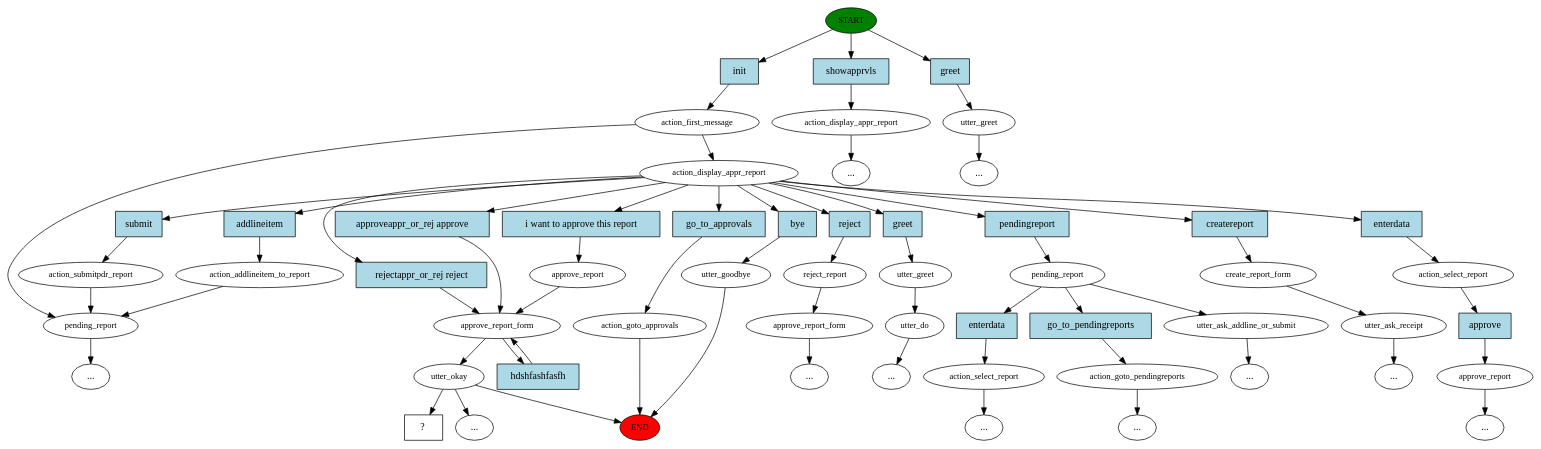
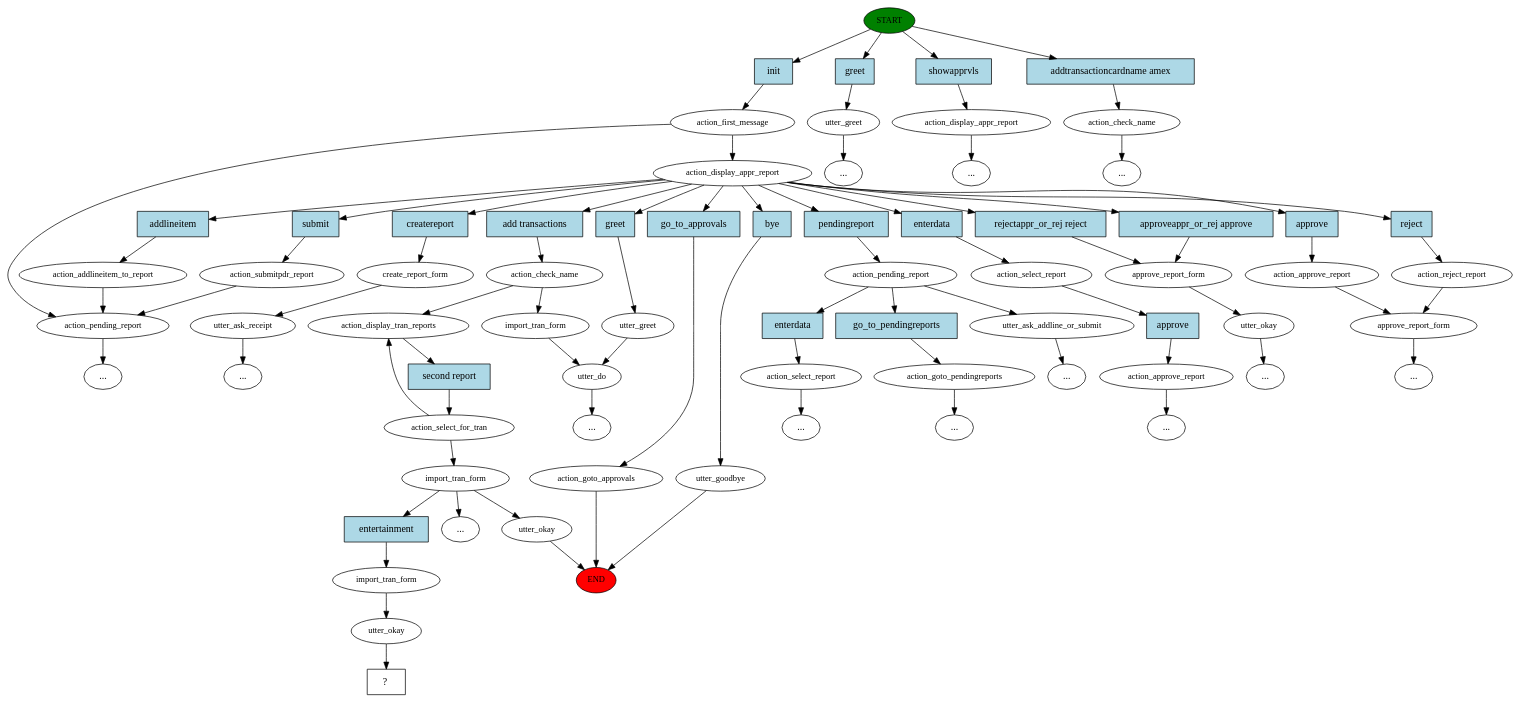
The diagram in story_graph.dot (suryavamsi1563/working_chat_bot), drawn with Graphviz before and after one commit. The commit also changed 21 other files, not shown here.

```diff
--- a/story_graph.dot
+++ b/story_graph.dot
@@ -1,122 +1,151 @@
 digraph  {
 0 [class="start active", fillcolor=green, fontsize=12, label=START, style=filled];
 "-1" [class=end, fillcolor=red, fontsize=12, label=END, style=filled];
 1 [class=active, fontsize=12, label=action_first_message];
-2 [class=active, fontsize=12, label=action_display_appr_report];
-3 [class="", fontsize=12, label=pending_report];
-4 [class="", fontsize=12, label=action_select_report];
-7 [class="", fontsize=12, label=create_report_form];
-8 [class="", fontsize=12, label=utter_ask_receipt];
-19 [class="", fontsize=12, label=action_select_report];
-20 [class="", fontsize=12, label=approve_report];
-21 [class="", fontsize=12, label=action_display_appr_report];
-"-8" [class=ellipsis, label="..."];
-"-11" [class=ellipsis, label="..."];
-36 [class="", fontsize=12, label=action_submitpdr_report];
-37 [class="", fontsize=12, label=pending_report];
-40 [class="", fontsize=12, label=action_addlineitem_to_report];
-53 [class="", fontsize=12, label=utter_ask_addline_or_submit];
-"-17" [class=ellipsis, label="..."];
-60 [class="", fontsize=12, label=action_goto_approvals];
-64 [class="", fontsize=12, label=action_goto_pendingreports];
+2 [class="", fontsize=12, label=action_pending_report];
+3 [class="", fontsize=12, label=utter_greet];
+"-4" [class=ellipsis, label="..."];
+7 [class=active, fontsize=12, label=action_display_appr_report];
+8 [class="", fontsize=12, label=create_report_form];
+9 [class="", fontsize=12, label=utter_ask_receipt];
+12 [class="", fontsize=12, label=utter_greet];
+13 [class="", fontsize=12, label=utter_do];
+16 [class="", fontsize=12, label=utter_goodbye];
+21 [class="", fontsize=12, label=action_pending_report];
+22 [class="", fontsize=12, label=action_select_report];
+25 [class="", fontsize=12, label=action_addlineitem_to_report];
+29 [class="", fontsize=12, label=action_submitpdr_report];
+53 [class="", fontsize=12, label=action_select_report];
+54 [class="", fontsize=12, label=action_approve_report];
+55 [class="", fontsize=12, label=action_display_appr_report];
 "-18" [class=ellipsis, label="..."];
-82 [class=active, fontsize=12, label=approve_report_form];
-83 [class=active, fontsize=12, label=utter_okay];
-86 [class="", fontsize=12, label=reject_report];
-87 [class="", fontsize=12, label=approve_report_form];
-"-26" [class=ellipsis, label="..."];
+"-19" [class=ellipsis, label="..."];
+"-21" [class=ellipsis, label="..."];
+"-25" [class=ellipsis, label="..."];
+87 [class="", fontsize=12, label=utter_ask_addline_or_submit];
 "-27" [class=ellipsis, label="..."];
-94 [class=active, fontsize=12, label=approve_report];
-99 [class="", fontsize=12, label=utter_greet];
-"-29" [class=ellipsis, label="..."];
-108 [class="", fontsize=12, label=utter_greet];
-109 [class="", fontsize=12, label=utter_do];
-"-32" [class=ellipsis, label="..."];
-112 [class="", fontsize=12, label=utter_goodbye];
+94 [class="", fontsize=12, label=action_goto_approvals];
+98 [class="", fontsize=12, label=action_goto_pendingreports];
+"-28" [class=ellipsis, label="..."];
 "-34" [class=ellipsis, label="..."];
-"-36" [class=ellipsis, label="..."];
+116 [class="", fontsize=12, label=approve_report_form];
+117 [class="", fontsize=12, label=utter_okay];
+120 [class="", fontsize=12, label=action_reject_report];
+121 [class="", fontsize=12, label=approve_report_form];
 "-37" [class=ellipsis, label="..."];
-137 [class="intent dashed active", label="  ?  ", shape=rect];
-138 [class="intent active", fillcolor=lightblue, label=init, shape=rect, style=filled];
-139 [class=intent, fillcolor=lightblue, label=showapprvls, shape=rect, style=filled];
-140 [class=intent, fillcolor=lightblue, label=greet, shape=rect, style=filled];
-141 [class=intent, fillcolor=lightblue, label=pendingreport, shape=rect, style=filled];
-142 [class=intent, fillcolor=lightblue, label=createreport, shape=rect, style=filled];
-143 [class=intent, fillcolor=lightblue, label=enterdata, shape=rect, style=filled];
-144 [class=intent, fillcolor=lightblue, label=submit, shape=rect, style=filled];
-145 [class=intent, fillcolor=lightblue, label=addlineitem, shape=rect, style=filled];
-146 [class=intent, fillcolor=lightblue, label=go_to_approvals, shape=rect, style=filled];
-147 [class=intent, fillcolor=lightblue, label="rejectappr_or_rej reject", shape=rect, style=filled];
-148 [class=intent, fillcolor=lightblue, label="approveappr_or_rej approve", shape=rect, style=filled];
-149 [class=intent, fillcolor=lightblue, label=reject, shape=rect, style=filled];
-150 [class="intent active", fillcolor=lightblue, label="i want to approve this report", shape=rect, style=filled];
-151 [class=intent, fillcolor=lightblue, label=greet, shape=rect, style=filled];
-152 [class=intent, fillcolor=lightblue, label=bye, shape=rect, style=filled];
-153 [class=intent, fillcolor=lightblue, label=enterdata, shape=rect, style=filled];
-154 [class=intent, fillcolor=lightblue, label=go_to_pendingreports, shape=rect, style=filled];
-155 [class=intent, fillcolor=lightblue, label=approve, shape=rect, style=filled];
-156 [class="intent active", fillcolor=lightblue, label=hdshfashfasfh, shape=rect, style=filled];
-0 -> 138  [class=active, key=0];
-0 -> 139  [class="", key=0];
-0 -> 140  [class="", key=0];
-1 -> 2  [class=active, key=NONE, label=""];
-1 -> 37  [class="", key=NONE, label=""];
-2 -> 141  [class="", key=0];
-2 -> 142  [class="", key=0];
-2 -> 143  [class="", key=0];
-2 -> 144  [class="", key=0];
-2 -> 145  [class="", key=0];
-2 -> 146  [class="", key=0];
-2 -> 147  [class="", key=0];
-2 -> 148  [class="", key=0];
-2 -> 149  [class="", key=0];
-2 -> 150  [class=active, key=0];
-2 -> 151  [class="", key=0];
-2 -> 152  [class="", key=0];
-3 -> 53  [class="", key=NONE, label=""];
-3 -> 153  [class="", key=0];
-3 -> 154  [class="", key=0];
-4 -> "-34"  [class="", key=NONE, label=""];
-7 -> 8  [class="", key=NONE, label=""];
-8 -> "-37"  [class="", key=NONE, label=""];
-19 -> 155  [class="", key=0];
-20 -> "-11"  [class="", key=NONE, label=""];
-21 -> "-8"  [class="", key=NONE, label=""];
-36 -> 37  [class="", key=NONE, label=""];
-37 -> "-36"  [class="", key=NONE, label=""];
-40 -> 37  [class="", key=NONE, label=""];
-53 -> "-17"  [class="", key=NONE, label=""];
-60 -> "-1"  [class="", key=NONE, label=""];
-64 -> "-18"  [class="", key=NONE, label=""];
-82 -> 83  [class=active, key=NONE, label=""];
-82 -> 156  [class=active, key=0];
-83 -> "-27"  [class="", key=NONE, label=""];
-83 -> "-1"  [class="", key=NONE, label=""];
-83 -> 137  [class=active, key=NONE, label=""];
-86 -> 87  [class="", key=NONE, label=""];
-87 -> "-26"  [class="", key=NONE, label=""];
-94 -> 82  [class=active, key=NONE, label=""];
-99 -> "-29"  [class="", key=NONE, label=""];
-108 -> 109  [class="", key=NONE, label=""];
-109 -> "-32"  [class="", key=NONE, label=""];
-112 -> "-1"  [class="", key=NONE, label=""];
-138 -> 1  [class=active, key=0];
-139 -> 21  [class="", key=0];
-140 -> 99  [class="", key=0];
-141 -> 3  [class="", key=0];
-142 -> 7  [class="", key=0];
-143 -> 19  [class="", key=0];
-144 -> 36  [class="", key=0];
-145 -> 40  [class="", key=0];
-146 -> 60  [class="", key=0];
-147 -> 82  [class="", key=0];
-148 -> 82  [class="", key=0];
-149 -> 86  [class="", key=0];
-150 -> 94  [class=active, key=0];
-151 -> 108  [class="", key=0];
-152 -> 112  [class="", key=0];
-153 -> 4  [class="", key=0];
-154 -> 64  [class="", key=0];
-155 -> 20  [class="", key=0];
-156 -> 82  [class=active, key=0];
+128 [class="", fontsize=12, label=action_approve_report];
+"-38" [class=ellipsis, label="..."];
+132 [class=active, fontsize=12, label=action_check_name];
+133 [class="", fontsize=12, label=import_tran_form];
+143 [class=active, fontsize=12, label=action_display_tran_reports];
+144 [class=active, fontsize=12, label=action_select_for_tran];
+145 [class=active, fontsize=12, label=import_tran_form];
+146 [class="", fontsize=12, label=utter_okay];
+"-41" [class=ellipsis, label="..."];
+"-45" [class=ellipsis, label="..."];
+205 [class="", fontsize=12, label=action_check_name];
+"-46" [class=ellipsis, label="..."];
+219 [class=active, fontsize=12, label=import_tran_form];
+220 [class=active, fontsize=12, label=utter_okay];
+221 [class="intent dashed active", label="  ?  ", shape=rect];
+222 [class="intent active", fillcolor=lightblue, label=init, shape=rect, style=filled];
+223 [class=intent, fillcolor=lightblue, label=greet, shape=rect, style=filled];
+224 [class=intent, fillcolor=lightblue, label=showapprvls, shape=rect, style=filled];
+225 [class=intent, fillcolor=lightblue, label="addtransactioncardname amex", shape=rect, style=filled];
+226 [class=intent, fillcolor=lightblue, label=createreport, shape=rect, style=filled];
+227 [class=intent, fillcolor=lightblue, label=greet, shape=rect, style=filled];
+228 [class=intent, fillcolor=lightblue, label=bye, shape=rect, style=filled];
+229 [class=intent, fillcolor=lightblue, label=pendingreport, shape=rect, style=filled];
+230 [class=intent, fillcolor=lightblue, label=addlineitem, shape=rect, style=filled];
+231 [class=intent, fillcolor=lightblue, label=submit, shape=rect, style=filled];
+232 [class=intent, fillcolor=lightblue, label=enterdata, shape=rect, style=filled];
+233 [class=intent, fillcolor=lightblue, label=go_to_approvals, shape=rect, style=filled];
+234 [class=intent, fillcolor=lightblue, label="rejectappr_or_rej reject", shape=rect, style=filled];
+235 [class=intent, fillcolor=lightblue, label="approveappr_or_rej approve", shape=rect, style=filled];
+236 [class=intent, fillcolor=lightblue, label=reject, shape=rect, style=filled];
+237 [class=intent, fillcolor=lightblue, label=approve, shape=rect, style=filled];
+238 [class="intent active", fillcolor=lightblue, label="add transactions", shape=rect, style=filled];
+239 [class=intent, fillcolor=lightblue, label=enterdata, shape=rect, style=filled];
+240 [class=intent, fillcolor=lightblue, label=go_to_pendingreports, shape=rect, style=filled];
+241 [class=intent, fillcolor=lightblue, label=approve, shape=rect, style=filled];
+242 [class="intent active", fillcolor=lightblue, label="second report", shape=rect, style=filled];
+243 [class="intent active", fillcolor=lightblue, label=entertainment, shape=rect, style=filled];
+0 -> 222  [class=active, key=0];
+0 -> 223  [class="", key=0];
+0 -> 224  [class="", key=0];
+0 -> 225  [class="", key=0];
+1 -> 2  [class="", key=NONE, label=""];
+1 -> 7  [class=active, key=NONE, label=""];
+2 -> "-34"  [class="", key=NONE, label=""];
+3 -> "-4"  [class="", key=NONE, label=""];
+7 -> 226  [class="", key=0];
+7 -> 227  [class="", key=0];
+7 -> 228  [class="", key=0];
+7 -> 229  [class="", key=0];
+7 -> 230  [class="", key=0];
+7 -> 231  [class="", key=0];
+7 -> 232  [class="", key=0];
+7 -> 233  [class="", key=0];
+7 -> 234  [class="", key=0];
+7 -> 235  [class="", key=0];
+7 -> 236  [class="", key=0];
+7 -> 237  [class="", key=0];
+7 -> 238  [class=active, key=0];
+8 -> 9  [class="", key=NONE, label=""];
+9 -> "-19"  [class="", key=NONE, label=""];
+12 -> 13  [class="", key=NONE, label=""];
+13 -> "-41"  [class="", key=NONE, label=""];
+16 -> "-1"  [class="", key=NONE, label=""];
+21 -> 87  [class="", key=NONE, label=""];
+21 -> 239  [class="", key=0];
+21 -> 240  [class="", key=0];
+22 -> "-25"  [class="", key=NONE, label=""];
+25 -> 2  [class="", key=NONE, label=""];
+29 -> 2  [class="", key=NONE, label=""];
+53 -> 241  [class="", key=0];
+54 -> "-21"  [class="", key=NONE, label=""];
+55 -> "-18"  [class="", key=NONE, label=""];
+87 -> "-27"  [class="", key=NONE, label=""];
+94 -> "-1"  [class="", key=NONE, label=""];
+98 -> "-28"  [class="", key=NONE, label=""];
+116 -> 117  [class="", key=NONE, label=""];
+117 -> "-37"  [class="", key=NONE, label=""];
+120 -> 121  [class="", key=NONE, label=""];
+121 -> "-38"  [class="", key=NONE, label=""];
+128 -> 121  [class="", key=NONE, label=""];
+132 -> 133  [class="", key=NONE, label=""];
+132 -> 143  [class=active, key=NONE, label=""];
+133 -> 13  [class="", key=NONE, label=""];
+143 -> 242  [class=active, key=0];
+144 -> 145  [class=active, key=NONE, label=""];
+144 -> 143  [class="", key=NONE, label=""];
+145 -> 146  [class="", key=NONE, label=""];
+145 -> "-45"  [class="", key=NONE, label=""];
+145 -> 243  [class=active, key=0];
+146 -> "-1"  [class="", key=NONE, label=""];
+205 -> "-46"  [class="", key=NONE, label=""];
+219 -> 220  [class=active, key=NONE, label=""];
+220 -> 221  [class=active, key=NONE, label=""];
+222 -> 1  [class=active, key=0];
+223 -> 3  [class="", key=0];
+224 -> 55  [class="", key=0];
+225 -> 205  [class="", key=0];
+226 -> 8  [class="", key=0];
+227 -> 12  [class="", key=0];
+228 -> 16  [class="", key=0];
+229 -> 21  [class="", key=0];
+230 -> 25  [class="", key=0];
+231 -> 29  [class="", key=0];
+232 -> 53  [class="", key=0];
+233 -> 94  [class="", key=0];
+234 -> 116  [class="", key=0];
+235 -> 116  [class="", key=0];
+236 -> 120  [class="", key=0];
+237 -> 128  [class="", key=0];
+238 -> 132  [class=active, key=0];
+239 -> 22  [class="", key=0];
+240 -> 98  [class="", key=0];
+241 -> 54  [class="", key=0];
+242 -> 144  [class=active, key=0];
+243 -> 219  [class=active, key=0];
 }
```
